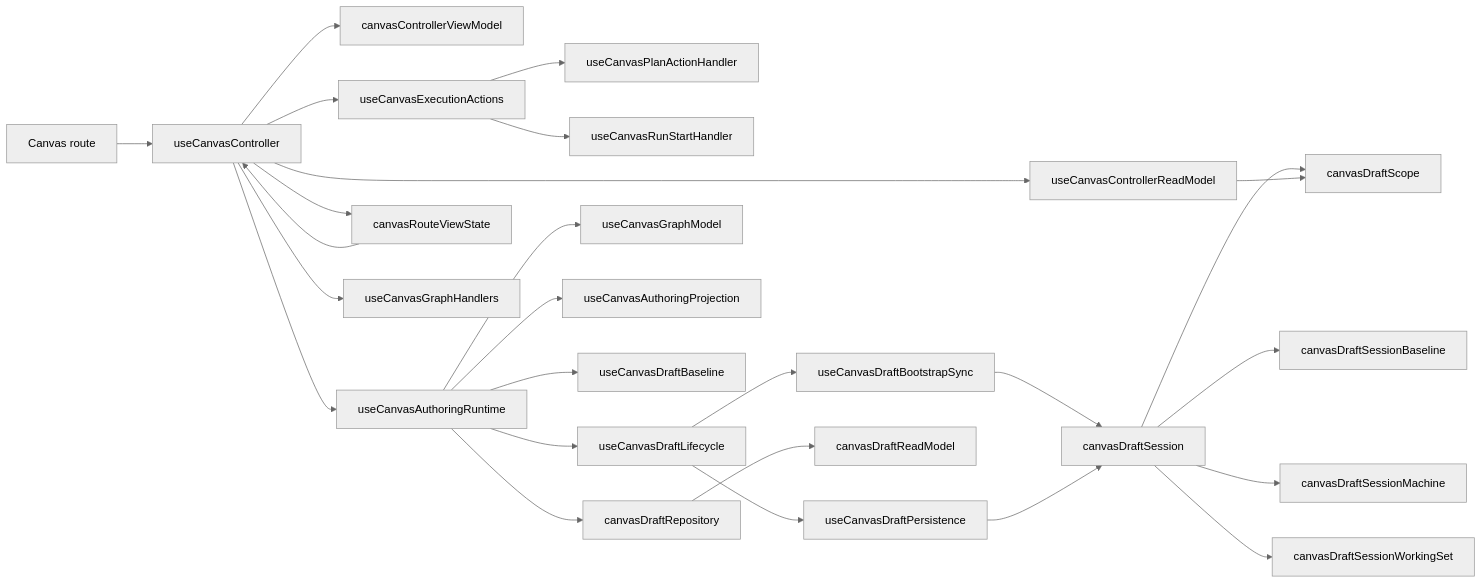
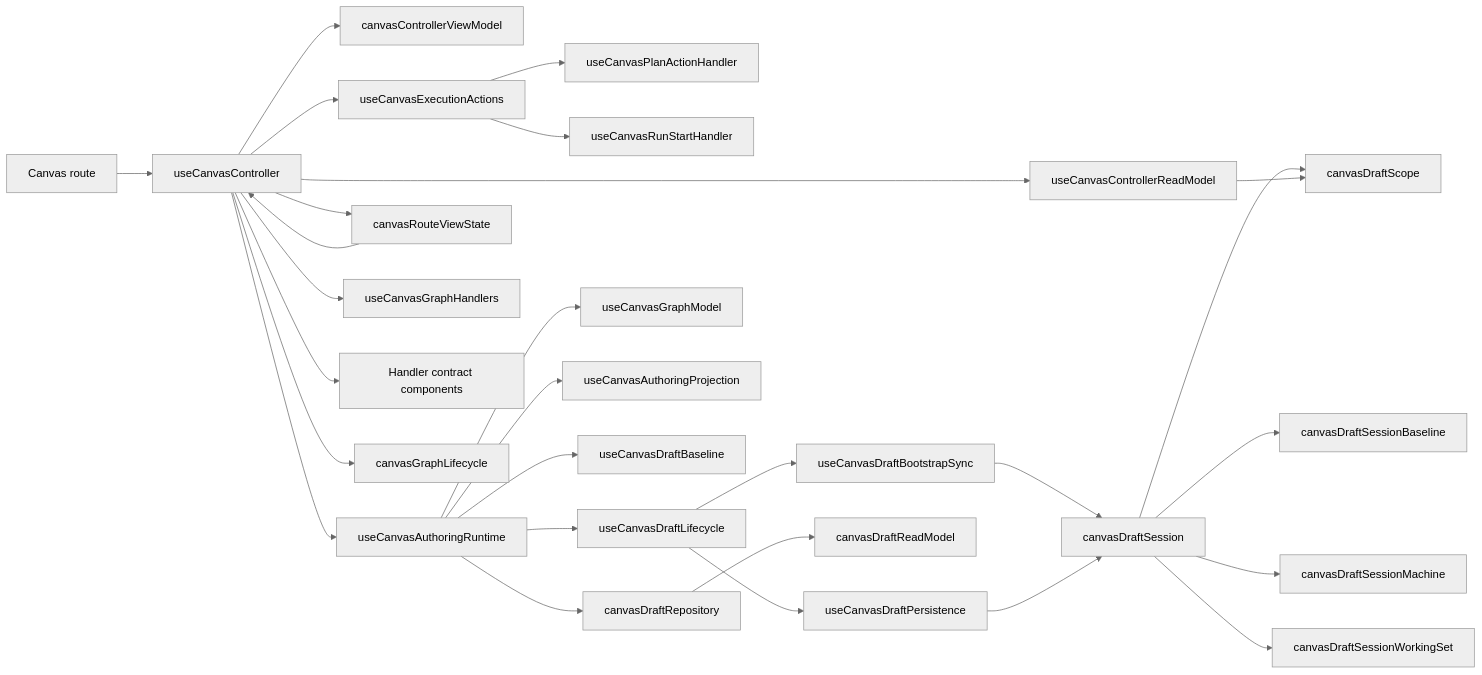
Before and after one commit to dunay2/dvt: the first of 3 diagrams in docs/architecture/components/web/graph/canvas-controller-current-to-target-architecture.md, drawn with Mermaid (neutral theme). The commit also changed other lines of this file and 53 other files, not shown here.

First line of the commit message:
refactor(web): Hard-cut canvas graph lifecycle and handler seams (#1000)

````diff
--- a/docs/architecture/components/web/graph/canvas-controller-current-to-target-architecture.md
+++ b/docs/architecture/components/web/graph/canvas-controller-current-to-target-architecture.md
@@ -69,33 +77,35 @@
 ```mermaid
 flowchart LR
   Route["Canvas route"] --> Controller["useCanvasController"]
   Controller --> ViewModel["canvasControllerViewModel"]
   Controller --> ReadModel["useCanvasControllerReadModel"]
   Controller --> Runtime["useCanvasAuthoringRuntime"]
   Controller --> Execution["useCanvasExecutionActions"]
   Controller --> RouteState["canvasRouteViewState"]
   Controller --> GraphHandlers["useCanvasGraphHandlers"]
+  Controller --> HandlerContracts["Handler contract components"]
+  Controller --> GraphLifecycle["canvasGraphLifecycle"]
 
   Execution --> PlanHandler["useCanvasPlanActionHandler"]
   Execution --> RunHandler["useCanvasRunStartHandler"]
 
   Runtime --> Lifecycle["useCanvasDraftLifecycle"]
   Runtime --> GraphModel["useCanvasGraphModel"]
   Runtime --> Projection["useCanvasAuthoringProjection"]
   Runtime --> Baseline["useCanvasDraftBaseline"]
   Runtime --> Repository["canvasDraftRepository"]
 
   Lifecycle --> Bootstrap["useCanvasDraftBootstrapSync"]
   Lifecycle --> Persistence["useCanvasDraftPersistence"]
   Bootstrap --> Session["canvasDraftSession"]
   Persistence --> Session
 
   Session --> SessionBaseline["canvasDraftSessionBaseline"]
   Session --> SessionMachine["canvasDraftSessionMachine"]
   Session --> SessionWorkingSet["canvasDraftSessionWorkingSet"]
   Session --> Scope["canvasDraftScope"]
 
   Repository --> DraftReadModel["canvasDraftReadModel"]
   ReadModel --> Scope
   RouteState --> Controller
 ```
````
